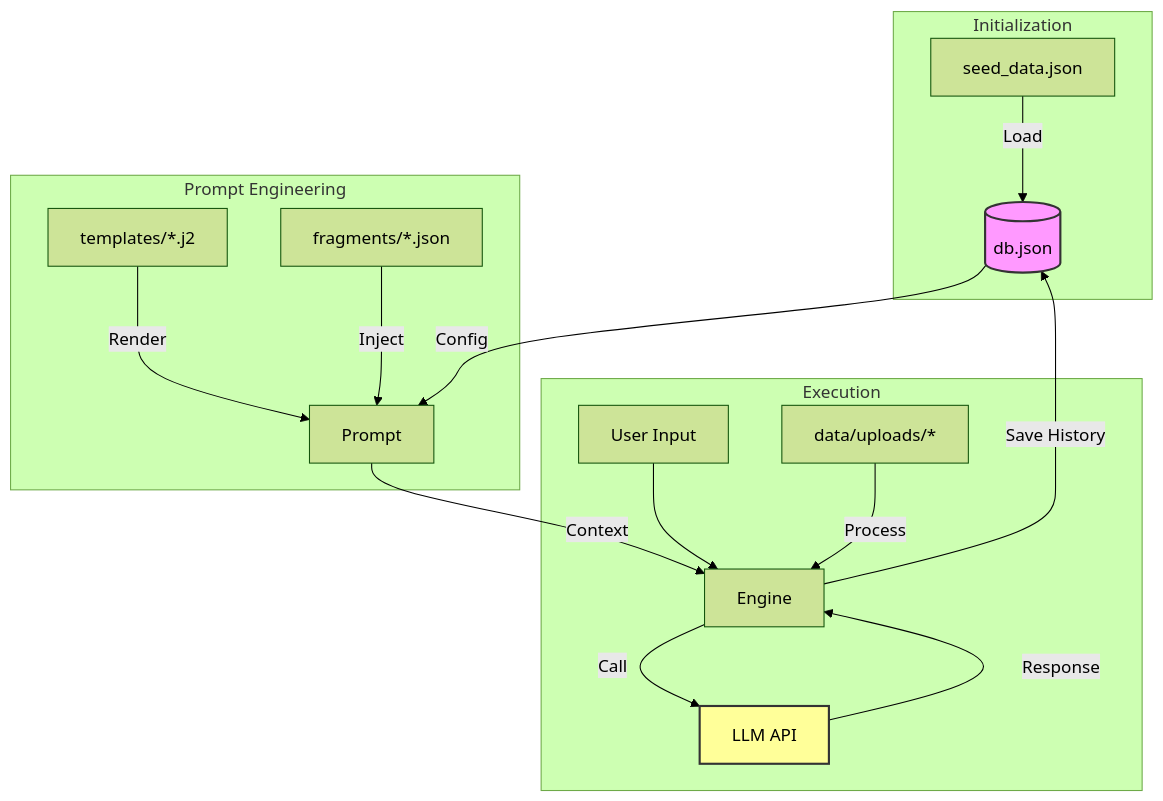
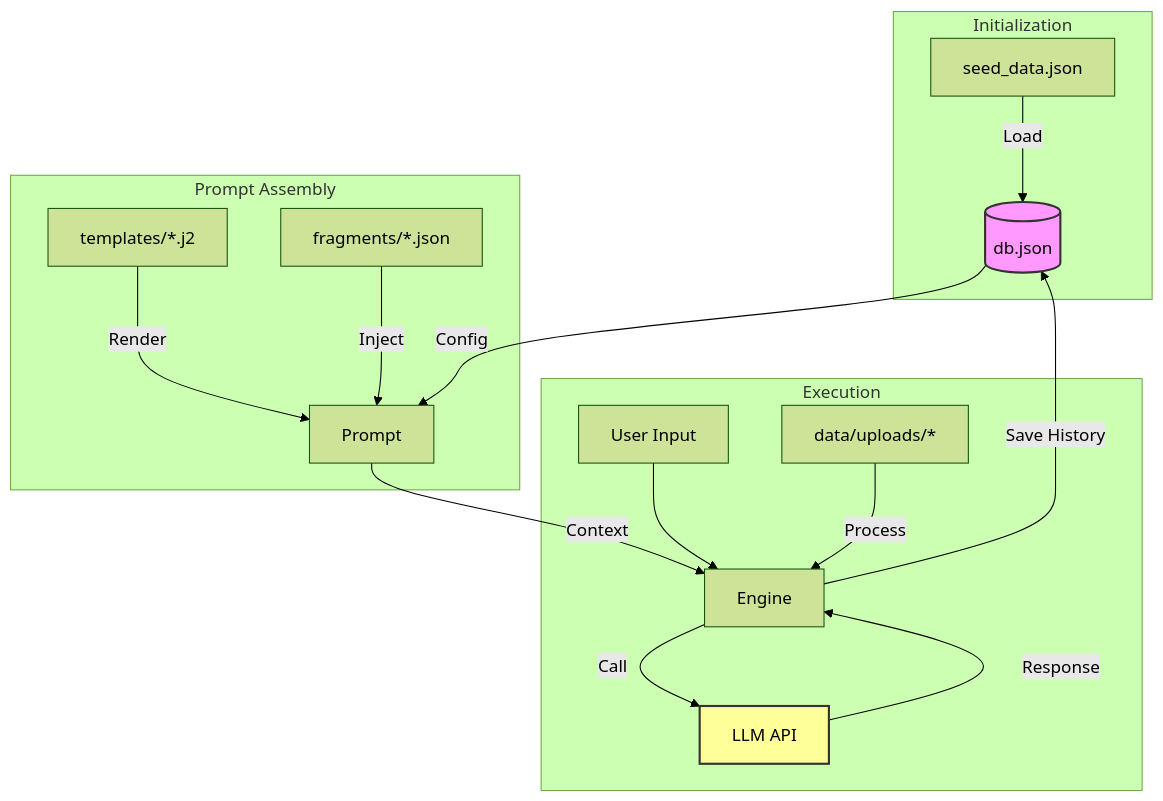
The first of 2 diagrams in docs/data_management.md (launis/quorum), drawn with Mermaid (forest theme) before and after one commit. The commit also changed other lines of this file and 58 other files, not shown here.

````diff
--- a/docs/data_management.md
+++ b/docs/data_management.md
@@ -125,24 +128,24 @@
 ```mermaid
 graph TD
     subgraph Initialization
         Seed[seed_data.json] -->|Load| DB[(db.json)]
     end
 
-    subgraph "Prompt Engineering"
+    subgraph "Prompt Assembly"
         Tpl[templates/*.j2] -->|Render| Prompt
         Frag[fragments/*.json] -->|Inject| Prompt
         DB -->|Config| Prompt
     end
 
     subgraph Execution
         User[User Input] --> Engine
         Uploads[data/uploads/*] -->|Process| Engine
         Prompt -->|Context| Engine
         Engine -->|Call| LLM[LLM API]
         LLM -->|Response| Engine
         Engine -->|Save History| DB
     end
 
     style DB fill:#f9f,stroke:#333,stroke-width:2px
     style LLM fill:#ff9,stroke:#333,stroke-width:2px
 ```
````
